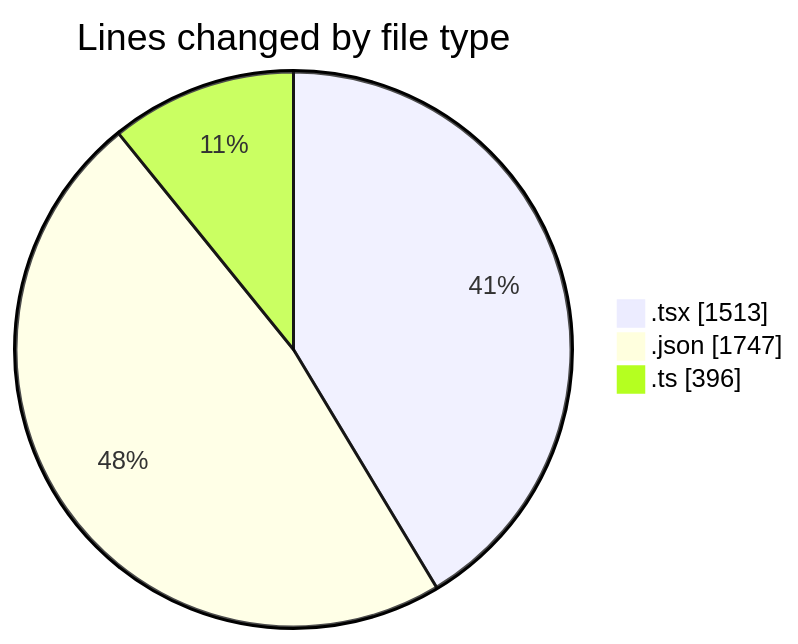
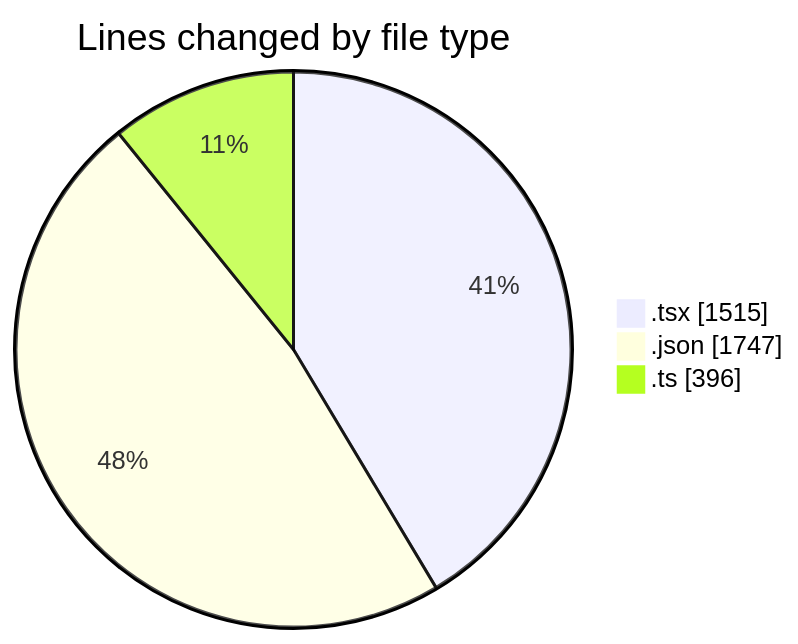
One commit to julien-gomy/code-tracking changed the first of 2 diagrams in 2025-10-30/eventscop-frontend-guide__workspace_/README.md. Above: the diagram before and after it, drawn with Mermaid. The commit also changed other lines of this file and 1 other file, not shown here.

````diff
--- a/2025-10-30/eventscop-frontend-guide__workspace_/README.md
+++ b/2025-10-30/eventscop-frontend-guide__workspace_/README.md
@@ -32,7 +32,7 @@
 ```mermaid
 pie showData
 title Lines changed by file type
-".tsx" : 1513
+".tsx" : 1515
 ".json" : 1747
 ".ts" : 396
 ```
````
